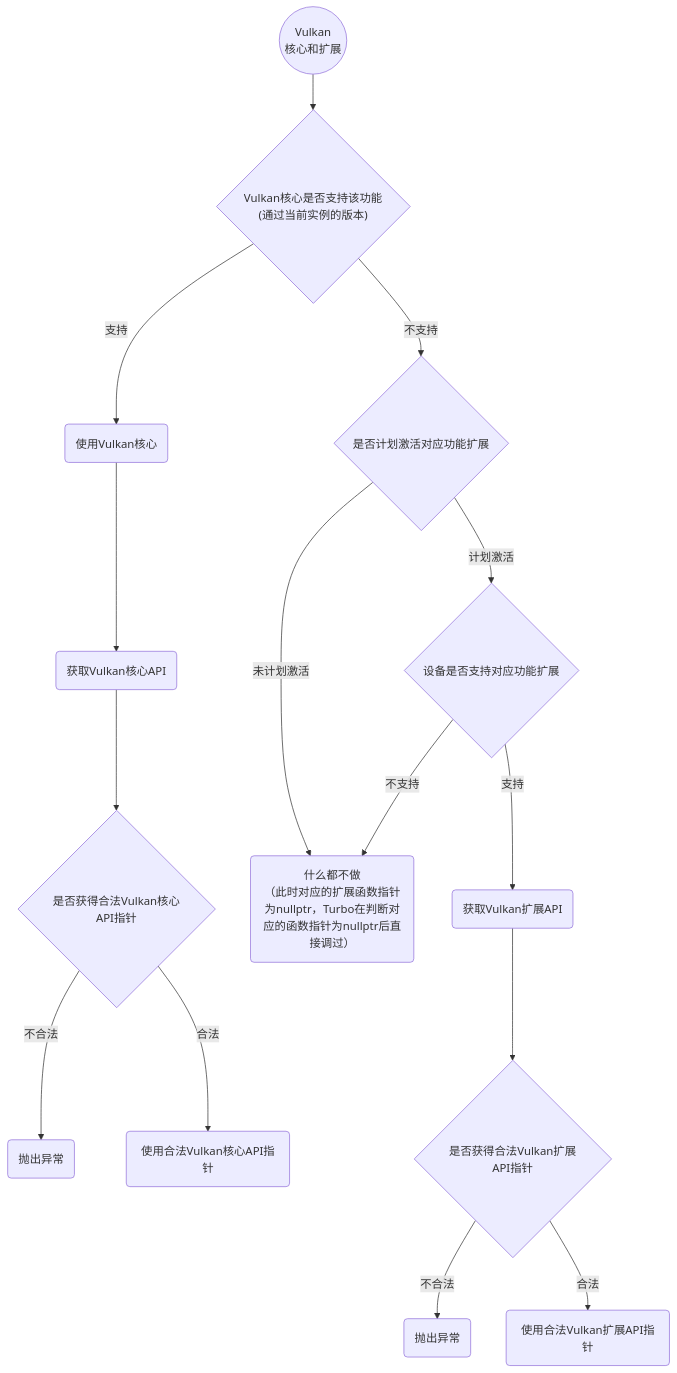
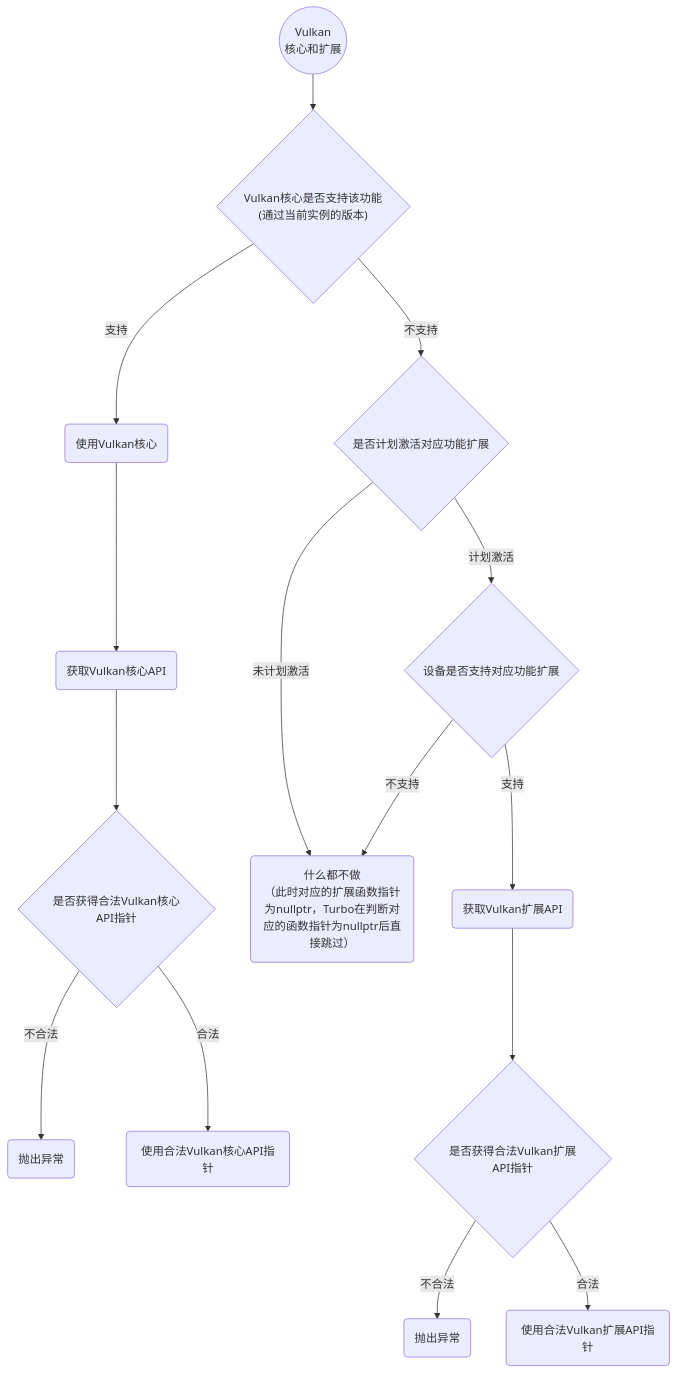
Before and after one commit to FuXiii/Turbo: the third of 6 diagrams in docs/Design/Core.md, drawn with Mermaid. The commit also changed 4 other files, not shown here.

````diff
--- a/docs/Design/Core.md
+++ b/docs/Design/Core.md
@@ -207,33 +207,33 @@
 ```mermaid
 graph TD;
 
 ThrowException0("抛出异常")
 ThrowException1("抛出异常")
 Start(("Vulkan\n核心和扩展"))
 IfSupportInVulkanCore{"Vulkan核心是否支持该功能\n(通过当前实例的版本)"}
 UseVulkanCore("使用Vulkan核心")
 GetCoreVulkanAPI("获取Vulkan核心API")
 IsGetLegalVulkanCoreAPI{"是否获得合法Vulkan核心API指针"}
 UseLegalVulkanCoreAPI("使用合法Vulkan核心API指针")
 
 IfEnableExtension{"是否计划激活对应功能扩展"}
 IfSupportExtension{"设备是否支持对应功能扩展"}
-Donothing("什么都不做\n（此时对应的扩展函数指针为nullptr，Turbo在判断对应的函数指针为nullptr后直接调过）")
+Donothing("什么都不做\n（此时对应的扩展函数指针为nullptr，Turbo在判断对应的函数指针为nullptr后直接跳过）")
 GetExtensionVulkanAPI("获取Vulkan扩展API")
 IsExtensionVulkanAPILegal{"是否获得合法Vulkan扩展API指针"}
 UseLegalVulkanExtensionAPI("使用合法Vulkan扩展API指针")
 
 Start-->IfSupportInVulkanCore
 IfSupportInVulkanCore--支持-->UseVulkanCore-->GetCoreVulkanAPI-->IsGetLegalVulkanCoreAPI
 IsGetLegalVulkanCoreAPI--不合法-->ThrowException0
 IsGetLegalVulkanCoreAPI--合法-->UseLegalVulkanCoreAPI
 IfSupportInVulkanCore--不支持-->IfEnableExtension
 
 IfEnableExtension--未计划激活-->Donothing
 IfEnableExtension--计划激活-->IfSupportExtension--支持-->GetExtensionVulkanAPI
 IfSupportExtension--不支持-->Donothing
 
 GetExtensionVulkanAPI-->IsExtensionVulkanAPILegal
 IsExtensionVulkanAPILegal--不合法-->ThrowException1
 IsExtensionVulkanAPILegal--合法-->UseLegalVulkanExtensionAPI
 ```
````
